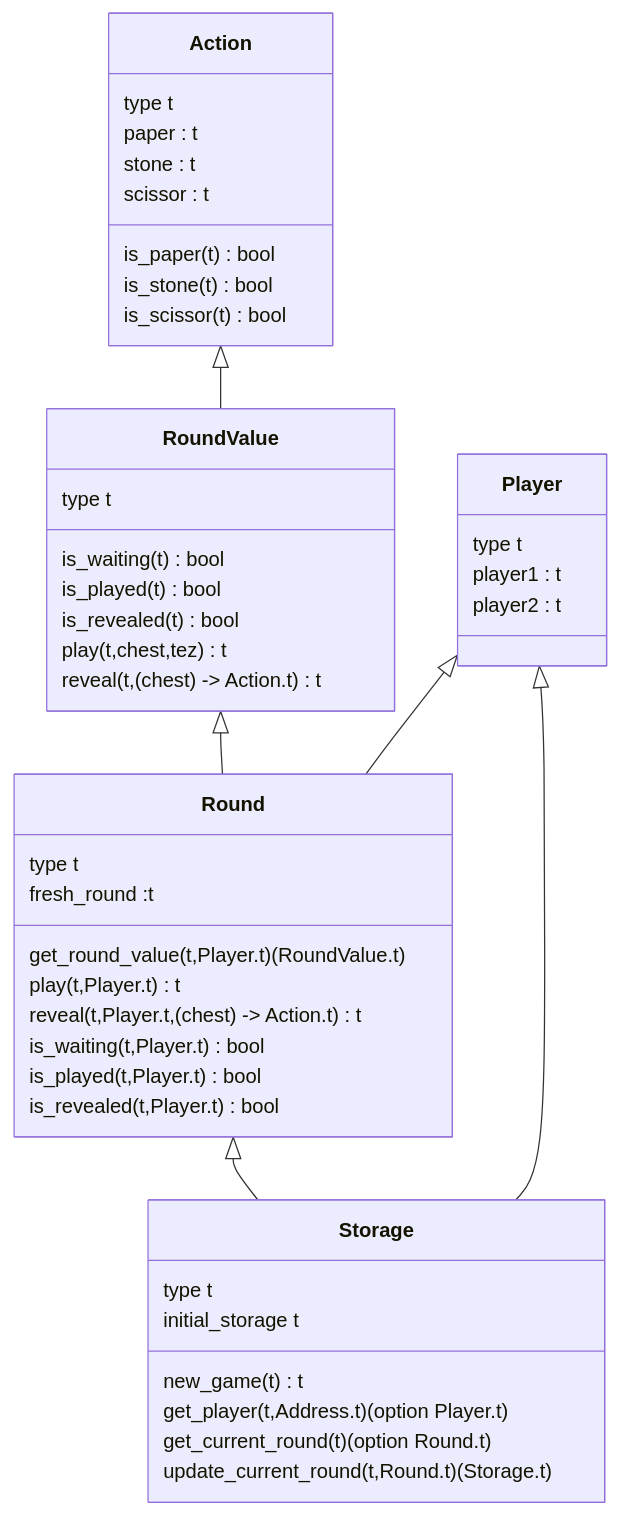
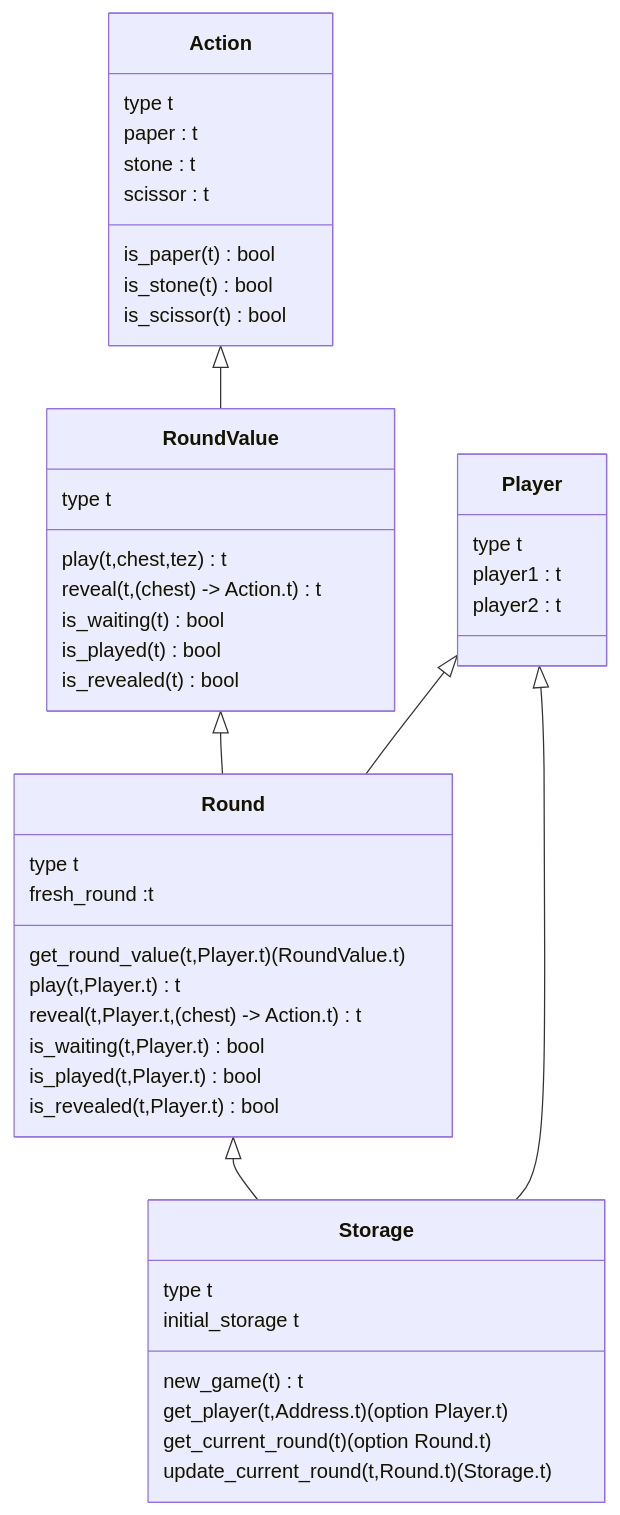
Before and after one commit to ligolang/jsligo-training-dapp-shifumi: the fifth of 5 diagrams in v2/README.md, drawn with Mermaid. The commit also changed other lines of this file, not shown here.

````diff
--- a/v2/README.md
+++ b/v2/README.md
@@ -126,53 +126,53 @@
 ```mermaid
 classDiagram
     Action <|-- RoundValue
     RoundValue <|-- Round
     Round <|-- Storage
     Player <|-- Round
     Player <|-- Storage
 
     class Action{
          type t
          paper : t
          stone : t
          scissor : t
          is_paper(t) bool
          is_stone(t) bool
          is_scissor(t) bool
     }
             
     class Player{
          type t
          player1 : t
          player2 : t
     }
 
     class RoundValue{
          type t
+         play(t,chest,tez) t
+         reveal(t,(chest) -> Action.t) t
          is_waiting(t) bool
          is_played(t) bool
          is_revealed(t) bool
-         play(t,chest,tez) t
-         reveal(t,(chest) -> Action.t) t
     }
 
     class Round{
          type t
          fresh_round :t
          get_round_value(t,Player.t) (RoundValue.t)
          play(t,Player.t) t
          reveal(t,Player.t,(chest) -> Action.t) t
          is_waiting(t,Player.t) bool
          is_played(t,Player.t) bool
          is_revealed(t,Player.t) bool
     }
 
     class Storage{
          type t
          initial_storage t
          new_game(t) t
          get_player(t,Address.t) (option Player.t)
          get_current_round(t) (option Round.t)
          update_current_round(t,Round.t) (Storage.t)
     }
 ```
````
